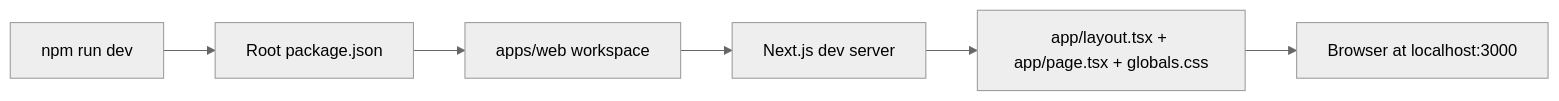
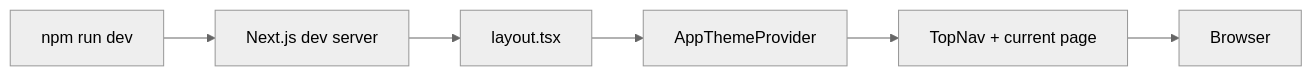
One commit to matthewlovestocode/designated changed the first of 4 diagrams in docs/web/rendering.md. Above: the diagram before and after it, drawn with Mermaid (neutral theme). The commit also changed other lines of this file and 35 other files, not shown here.

````diff
--- a/docs/web/rendering.md
+++ b/docs/web/rendering.md
@@ -5,8 +9,8 @@
 ```mermaid
 flowchart LR
-    A["npm run dev"] --> B["Root package.json"]
-    B --> C["apps/web workspace"]
-    C --> D["Next.js dev server"]
-    D --> E["app/layout.tsx + app/page.tsx + globals.css"]
-    E --> F["Browser at localhost:3000"]
+    A["npm run dev"] --> B["Next.js dev server"]
+    B --> C["layout.tsx"]
+    C --> D["AppThemeProvider"]
+    D --> E["TopNav + current page"]
+    E --> F["Browser"]
 ```
````
